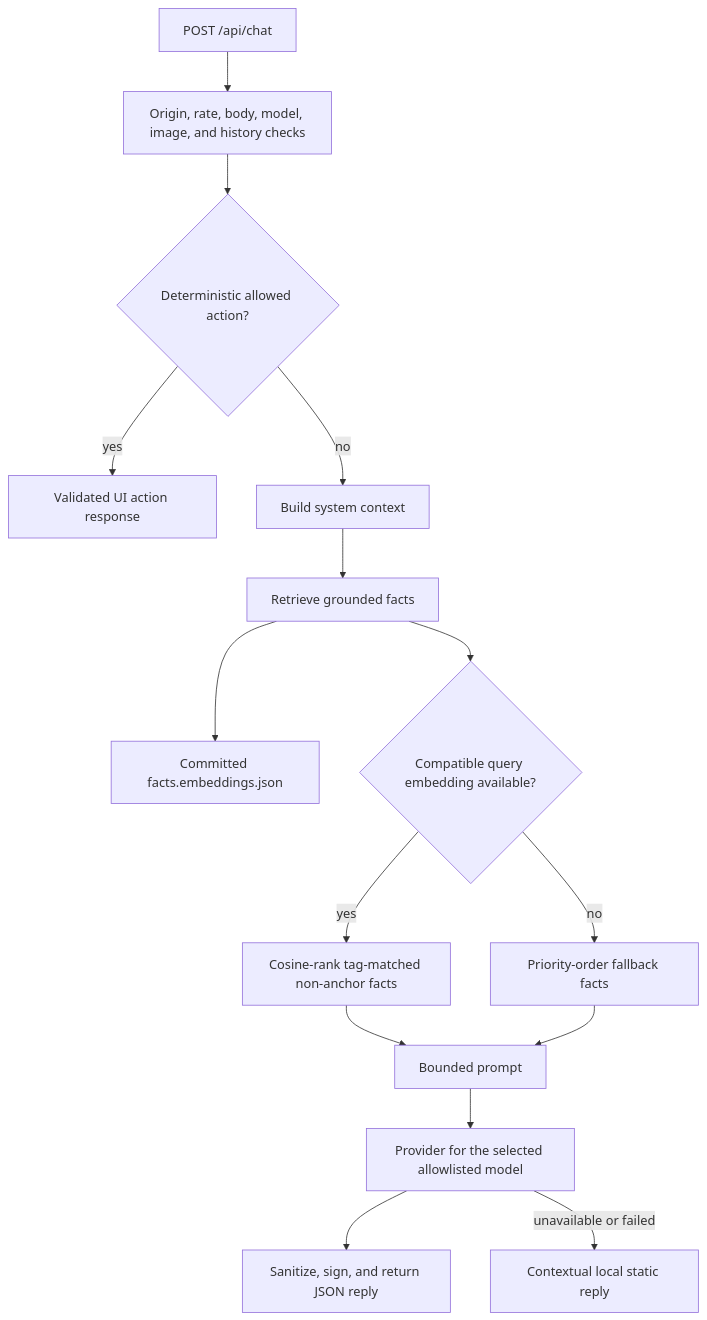
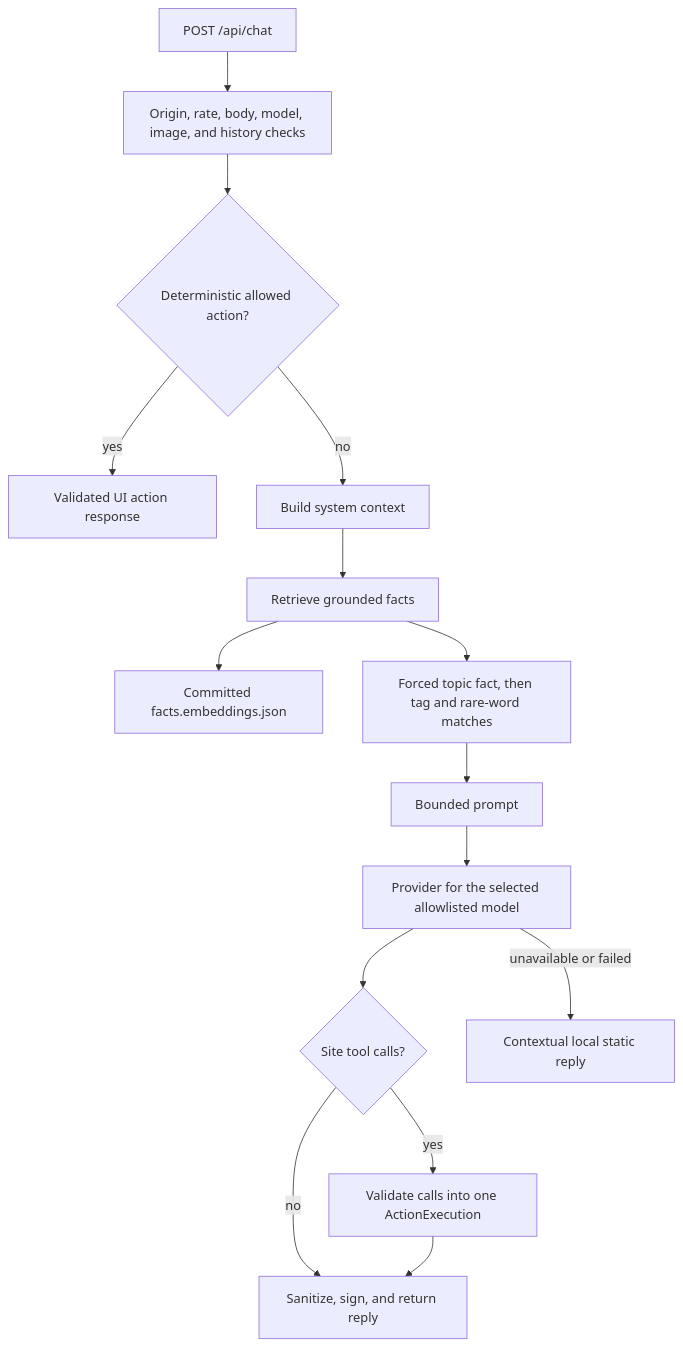
The sixth of 9 diagrams in docs/architecture.md (Dhruv-Mishra/portfolioWebsite), drawn with Mermaid before and after one commit. The commit also changed other lines of this file and 28 other files, not shown here.

Commit message:
fix(chat): restore relevant fact retrieval and validated site tools

````diff
--- a/docs/architecture.md
+++ b/docs/architecture.md
@@ -138,17 +138,17 @@
 ```mermaid
 flowchart TD
   Request[POST /api/chat] --> Guard[Origin, rate, body, model, image, and history checks]
   Guard --> Intent{Deterministic allowed action?}
   Intent -->|yes| Action[Validated UI action response]
   Intent -->|no| Context[Build system context]
   Context --> Retrieval[Retrieve grounded facts]
   Retrieval --> Bundle[Committed facts.embeddings.json]
-  Retrieval --> Embed{Compatible query embedding available?}
-  Embed -->|yes| Rank[Cosine-rank tag-matched non-anchor facts]
-  Embed -->|no| Priority[Priority-order fallback facts]
-  Rank --> Prompt[Bounded prompt]
-  Priority --> Prompt
+  Retrieval --> Lexical[Forced topic fact, then tag and rare-word matches]
+  Lexical --> Prompt[Bounded prompt]
   Prompt --> Provider[Provider for the selected allowlisted model]
-  Provider --> Reply[Sanitize, sign, and return JSON reply]
+  Provider --> Tools{Site tool calls?}
+  Tools -->|yes| ToolAction[Validate calls into one ActionExecution]
+  Tools -->|no| Reply[Sanitize, sign, and return reply]
+  ToolAction --> Reply
   Provider -->|unavailable or failed| LocalFallback[Contextual local static reply]
 ```
````
